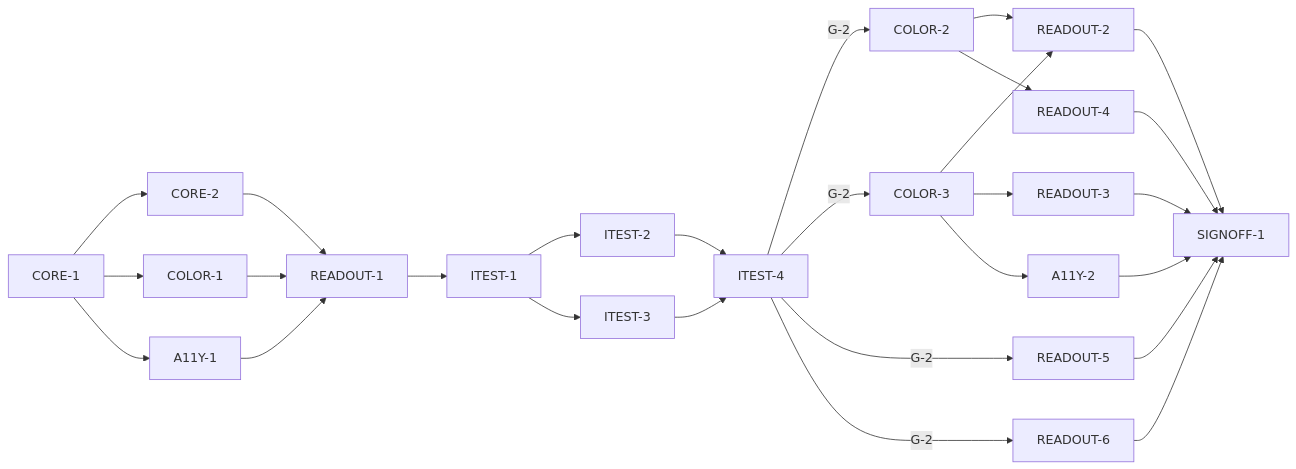
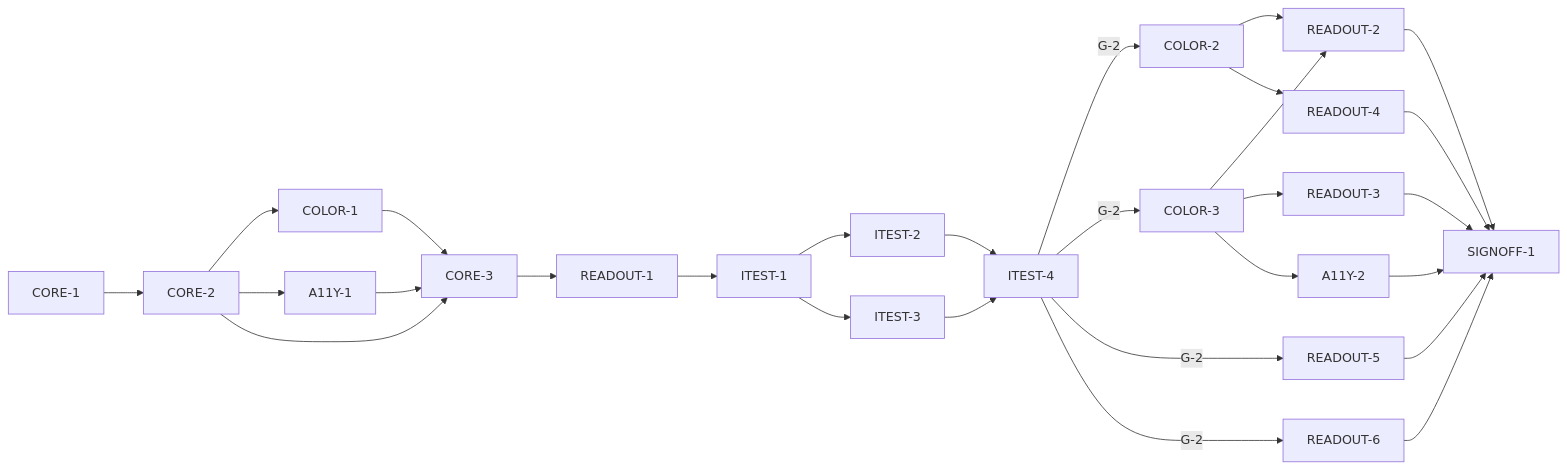
Before and after one commit to meatsquirk/Nuance: the diagram in specs/bs-01-color-readout/MASTER_PLAN_FOR_FEATURE.md, drawn with Mermaid. The commit also changed other lines of this file and 15 other files, not shown here.

First line of the commit message:
bs-01-color-readout CORE-2: domain model, router + stub screens

````diff
--- a/specs/bs-01-color-readout/MASTER_PLAN_FOR_FEATURE.md
+++ b/specs/bs-01-color-readout/MASTER_PLAN_FOR_FEATURE.md
@@ -128,11 +129,13 @@
 ```mermaid
 graph LR
-  CORE-1 --> CORE-2 & COLOR-1 & A11Y-1
-  CORE-2 & COLOR-1 & A11Y-1 --> READOUT-1
+  CORE-1 --> CORE-2
+  CORE-2 --> COLOR-1 & A11Y-1
+  CORE-2 & COLOR-1 & A11Y-1 --> CORE-3
+  CORE-3 --> READOUT-1
   READOUT-1 --> ITEST-1 --> ITEST-2 & ITEST-3
   ITEST-2 & ITEST-3 --> ITEST-4
   ITEST-4 -->|G-2| COLOR-2 & COLOR-3 & READOUT-5 & READOUT-6
   COLOR-2 --> READOUT-2 & READOUT-4
   COLOR-3 --> READOUT-2 & READOUT-3 & A11Y-2
   READOUT-2 & READOUT-3 & READOUT-4 & READOUT-5 & READOUT-6 & A11Y-2 --> SIGNOFF-1
 ```
````
